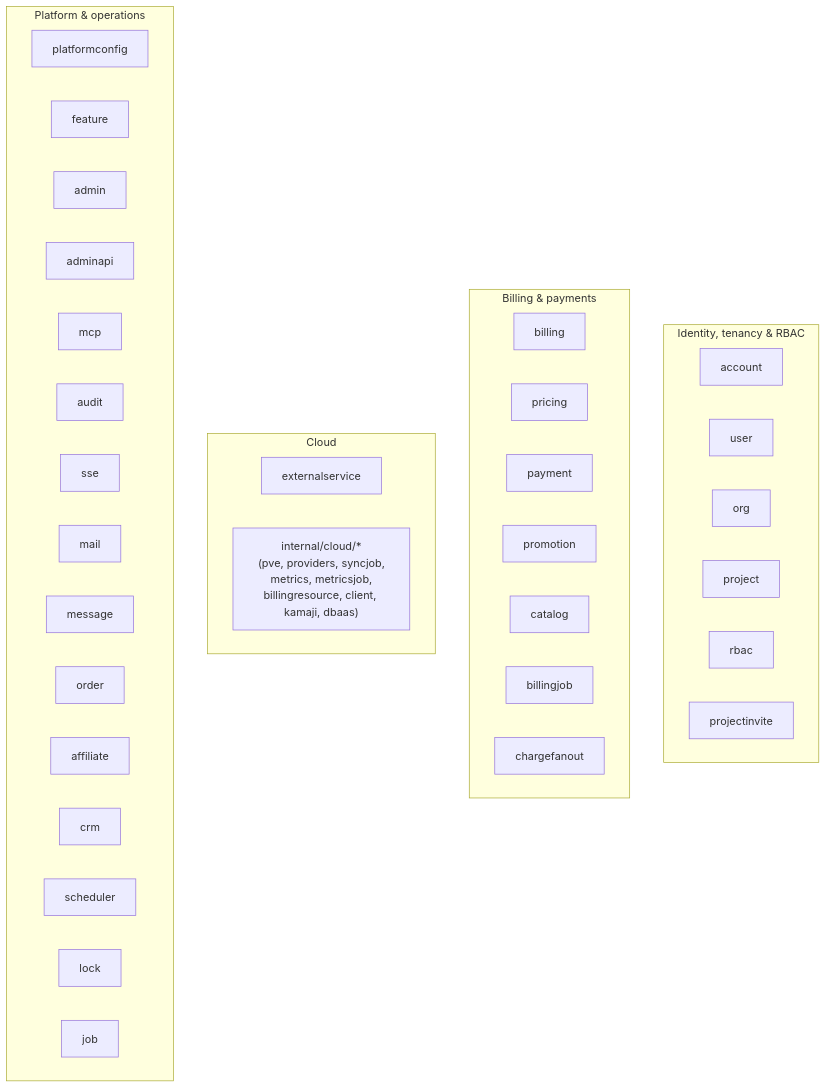
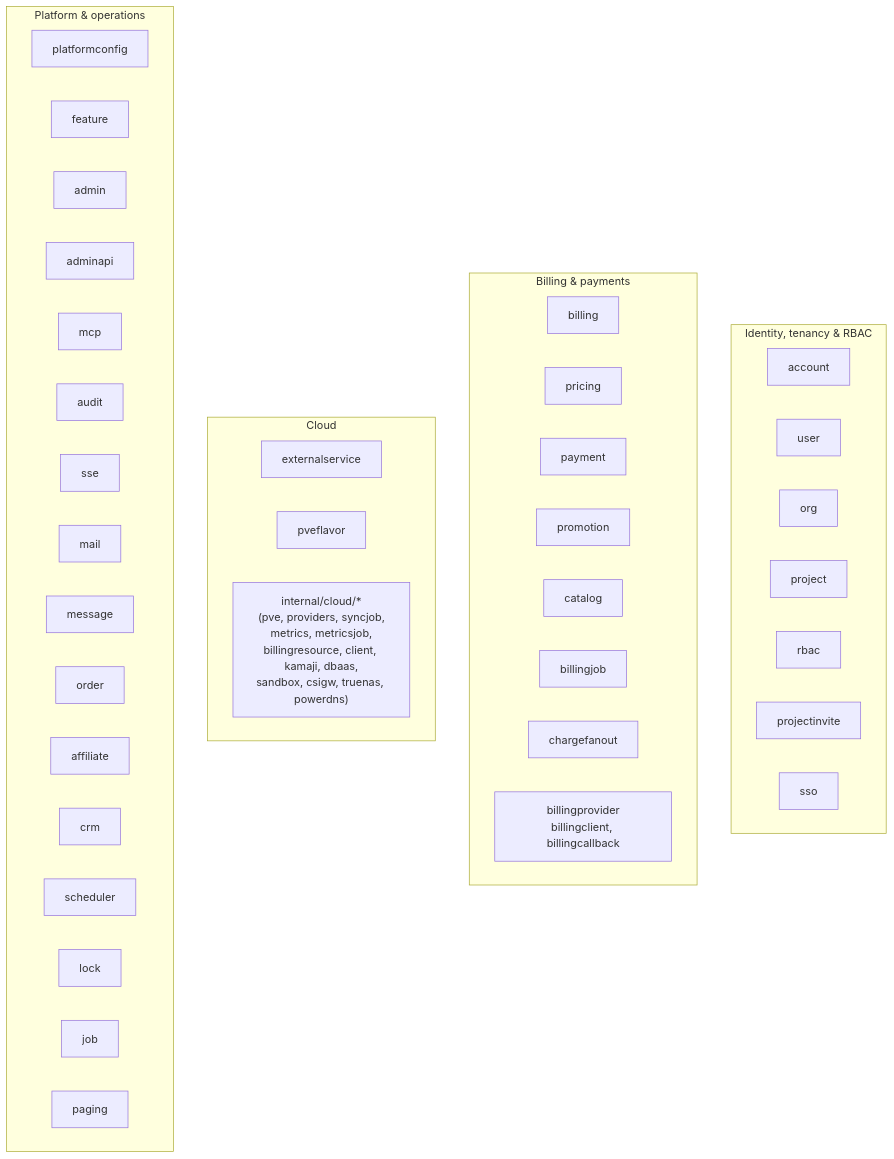
Before and after one commit to mutex-solutions/proxcloud: the sixth of 7 diagrams in docs/architecture.md, drawn with Mermaid. The commit also changed other lines of this file and 43 other files, not shown here.

First line of the commit message:
docs: bring operator, architecture and in-app docs up to date

````diff
--- a/docs/architecture.md
+++ b/docs/architecture.md
@@ -287,41 +301,45 @@
 ```mermaid
 flowchart TB
     subgraph ID["Identity, tenancy & RBAC"]
         account["account"]
         user["user"]
         org["org"]
         project["project"]
         rbac["rbac"]
         projectinvite["projectinvite"]
+        sso["sso"]
     end
     subgraph BILL["Billing & payments"]
         billing["billing"]
         pricing["pricing"]
         payment["payment"]
         promotion["promotion"]
         catalog["catalog"]
         billingjob["billingjob"]
         chargefanout["chargefanout"]
+        billingprovider["billingprovider<br/>billingclient, billingcallback"]
     end
     subgraph CLOUD["Cloud"]
         externalservice["externalservice"]
-        cloudpkg["internal/cloud/*<br/>(pve, providers, syncjob,<br/>metrics, metricsjob,<br/>billingresource, client, kamaji, dbaas)"]
+        pveflavor["pveflavor"]
+        cloudpkg["internal/cloud/*<br/>(pve, providers, syncjob,<br/>metrics, metricsjob,<br/>billingresource, client, kamaji, dbaas,<br/>sandbox, csigw, truenas, powerdns)"]
     end
     subgraph PLAT["Platform & operations"]
         platformconfig["platformconfig"]
         feature["feature"]
         admin["admin"]
         adminapi["adminapi"]
         mcp["mcp"]
         audit["audit"]
         sse["sse"]
         mail["mail"]
         message["message"]
         order["order"]
         affiliate["affiliate"]
         crm["crm"]
         scheduler["scheduler"]
         lock["lock"]
         job["job"]
+        paging["paging"]
     end
 ```
````
